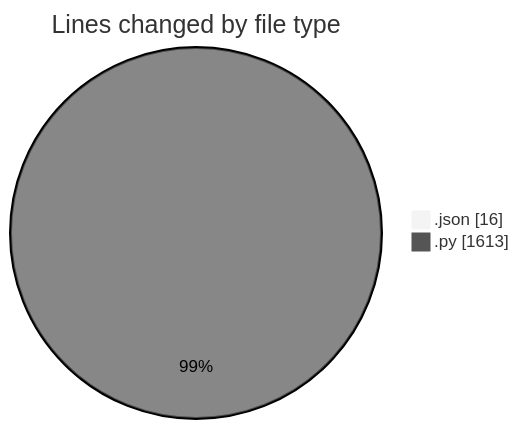
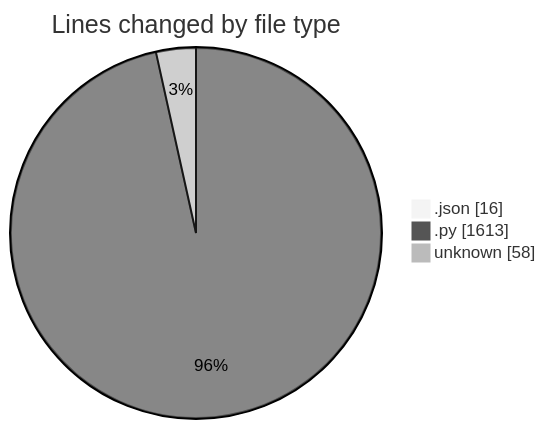
The first of 2 diagrams in 2025-03-29/myws__workspace_/README.md (MatusMokan/code-tracking), drawn with Mermaid (neutral theme) before and after one commit. The commit also changed other lines of this file and 1 other file, not shown here.

````diff
--- a/2025-03-29/myws__workspace_/README.md
+++ b/2025-03-29/myws__workspace_/README.md
@@ -25,6 +26,7 @@
 ```mermaid
 pie showData
 title Lines changed by file type
 ".json" : 16
 ".py" : 1613
+"unknown" : 58
 ```
````
